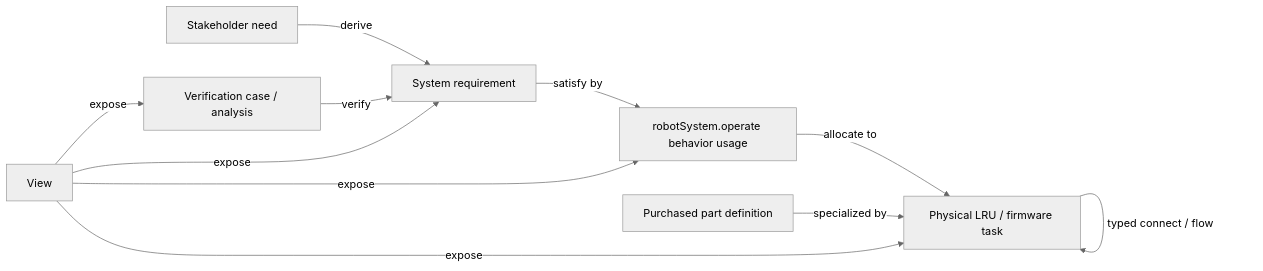
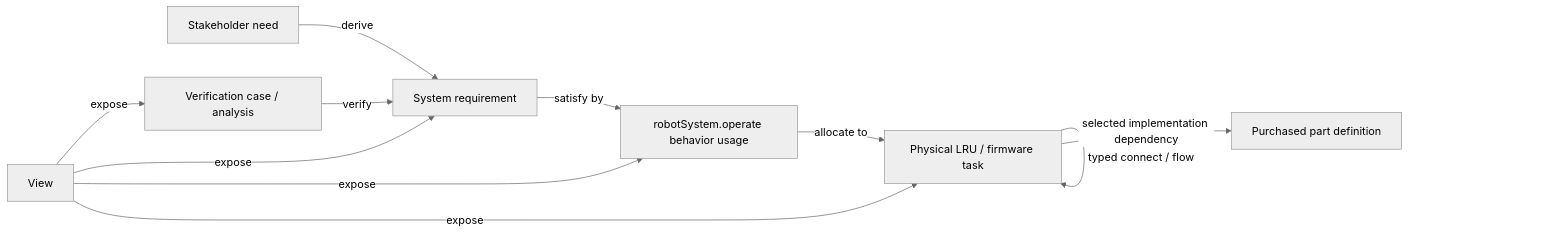
One commit to elan8/sysml-robot-vacuum-cleaner changed the diagram in docs/MODEL_GUIDE.md. Above: the diagram before and after it, drawn with Mermaid (neutral theme). The commit also changed other lines of this file and 6 other files, not shown here.

````diff
--- a/docs/MODEL_GUIDE.md
+++ b/docs/MODEL_GUIDE.md
@@ -34,13 +35,13 @@
 ```mermaid
 flowchart LR
   N["Stakeholder need"] -->|derive| R["System requirement"]
   R -->|satisfy by| B["robotSystem.operate behavior usage"]
   B -->|allocate to| P["Physical LRU / firmware task"]
-  T["Purchased part definition"] -->|specialized by| P
+  P -->|selected implementation dependency| T["Purchased part definition"]
   P -->|typed connect / flow| P
   V["Verification case / analysis"] -->|verify| R
   W["View"] -->|expose| R
   W -->|expose| B
   W -->|expose| P
   W -->|expose| V
 ```
````
